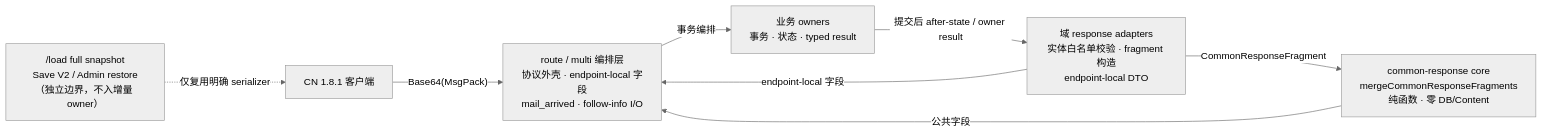
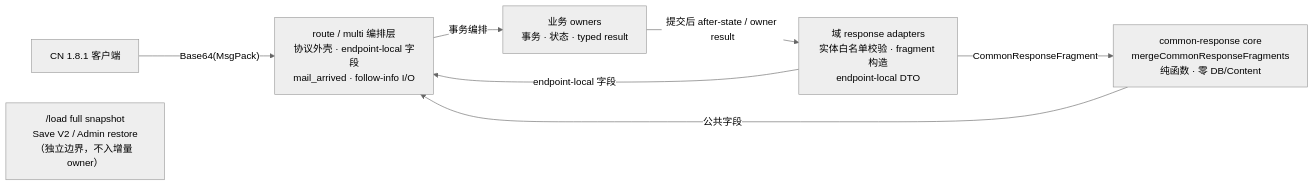
One commit to DontBeAlarmed/startpoint-cn changed the diagram in docs/architecture/common-response-projector-gate.md. Above: the diagram before and after it, drawn with Mermaid (neutral theme). The commit also changed 1 other file, not shown here.

Commit message:
chore(response): polish C6 review fixes

````diff
--- a/docs/architecture/common-response-projector-gate.md
+++ b/docs/architecture/common-response-projector-gate.md
@@ -27,17 +27,16 @@
 ```mermaid
 flowchart LR
     CLIENT["CN 1.8.1 客户端"]
     ROUTES["route / multi 编排层<br/>协议外壳 · endpoint-local 字段<br/>mail_arrived · follow-info I/O"]
     OWNERS["业务 owners<br/>事务 · 状态 · typed result"]
     ADAPTERS["域 response adapters<br/>实体白名单校验 · fragment 构造<br/>endpoint-local DTO"]
     CORE["common-response core<br/>mergeCommonResponseFragments<br/>纯函数 · 零 DB/Content"]
     KEEP["/load full snapshot<br/>Save V2 / Admin restore<br/>（独立边界，不入增量 owner）"]
 
     CLIENT -->|"Base64(MsgPack)"| ROUTES
     ROUTES -->|"事务编排"| OWNERS
     OWNERS -->|"提交后 after-state / owner result"| ADAPTERS
     ADAPTERS -->|"CommonResponseFragment"| CORE
     CORE -->|"公共字段"| ROUTES
     ADAPTERS -->|"endpoint-local 字段"| ROUTES
-    KEEP -.->|"仅复用明确 serializer"| CLIENT
 ```
````
